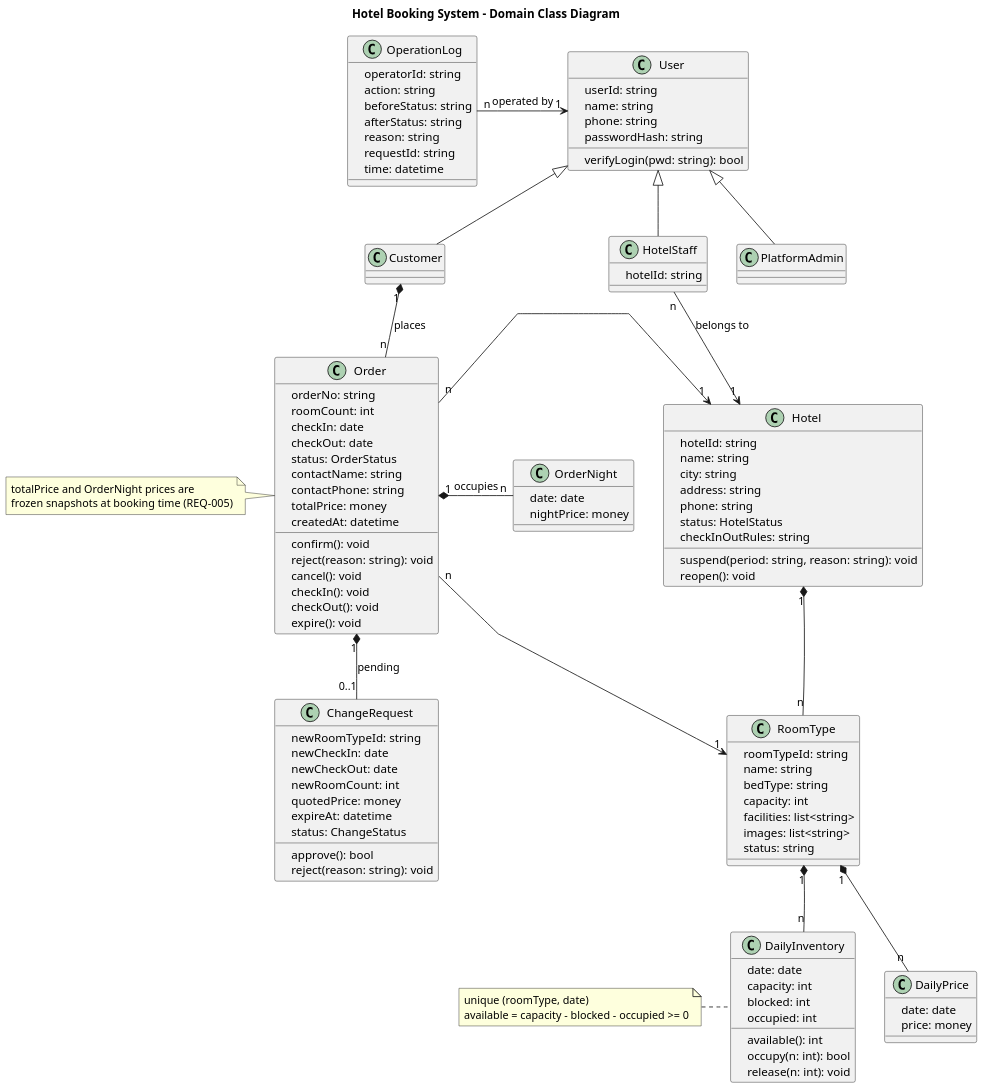
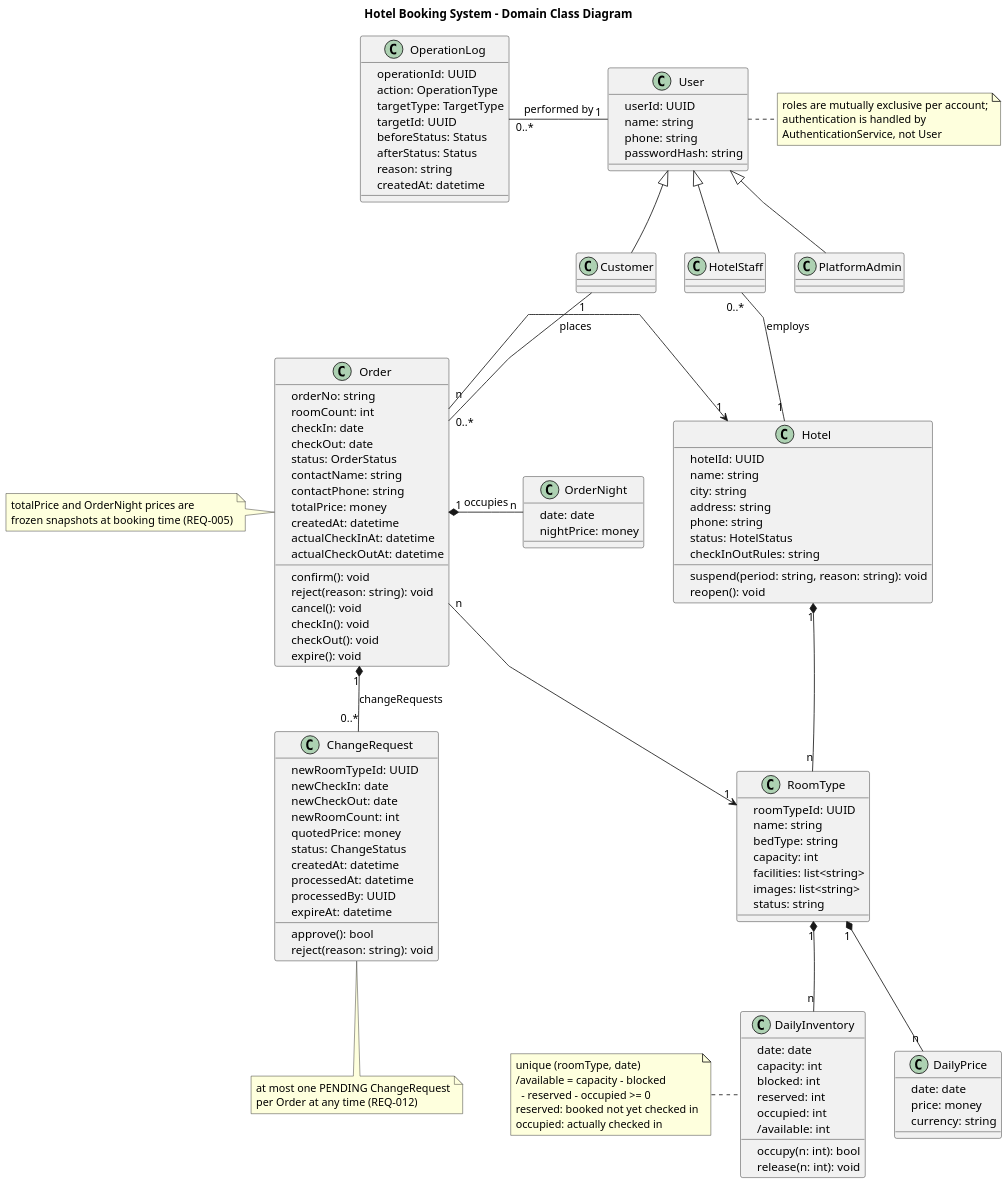
One commit to yangjinlingzhuo/se-lab1-hotel-booking changed the diagram in lab2/实验2_231220170_央金灵卓/UML/UML类图.puml. Above: the diagram before and after it, drawn with PlantUML. The commit also changed 3 other files, not shown here.

Commit message:
人工反馈+AI修改(lab2): 类图按反馈意见全面修订（P0语义/P1规范/P2布局）

```diff
--- a/lab2/实验2_231220170_央金灵卓/UML/UML类图.puml
+++ b/lab2/实验2_231220170_央金灵卓/UML/UML类图.puml
@@ -1,140 +1,165 @@
 @startuml UML类图
 title Hotel Booking System - Domain Class Diagram
 
 skinparam dpi 150
-skinparam linetype polyline
 skinparam defaultFontName "Helvetica Neue"
 skinparam classAttributeIconSize 3
+skinparam linetype polyline
 
 class User {
-  -userId: string
+  -userId: UUID
   -name: string
   -phone: string
   -passwordHash: string
-  +verifyLogin(pwd: string): bool
 }
 
 class Customer
-class HotelStaff {
-  -hotelId: string
-}
+class HotelStaff
 class PlatformAdmin
 
 class Hotel {
-  -hotelId: string
+  -hotelId: UUID
   -name: string
   -city: string
   -address: string
   -phone: string
   -status: HotelStatus
   -checkInOutRules: string
   +suspend(period: string, reason: string): void
   +reopen(): void
 }
 
 class RoomType {
-  -roomTypeId: string
+  -roomTypeId: UUID
   -name: string
   -bedType: string
   -capacity: int
   -facilities: list<string>
   -images: list<string>
   -status: string
 }
 
 class DailyInventory {
   -date: date
   -capacity: int
   -blocked: int
+  -reserved: int
   -occupied: int
-  +available(): int
+  /available: int
   +occupy(n: int): bool
   +release(n: int): void
 }
 
 class DailyPrice {
   -date: date
   -price: money
+  -currency: string
 }
 
 class Order {
   -orderNo: string
   -roomCount: int
   -checkIn: date
   -checkOut: date
   -status: OrderStatus
   -contactName: string
   -contactPhone: string
   -totalPrice: money
   -createdAt: datetime
+  -actualCheckInAt: datetime
+  -actualCheckOutAt: datetime
   +confirm(): void
   +reject(reason: string): void
   +cancel(): void
   +checkIn(): void
   +checkOut(): void
   +expire(): void
 }
 
 class OrderNight {
   -date: date
   -nightPrice: money
 }
 
 class ChangeRequest {
-  -newRoomTypeId: string
+  -newRoomTypeId: UUID
   -newCheckIn: date
   -newCheckOut: date
   -newRoomCount: int
   -quotedPrice: money
+  -status: ChangeStatus
+  -createdAt: datetime
+  -processedAt: datetime
+  -processedBy: UUID
   -expireAt: datetime
-  -status: ChangeStatus
   +approve(): bool
   +reject(reason: string): void
 }
 
 class OperationLog {
-  -operatorId: string
-  -action: string
-  -beforeStatus: string
-  -afterStatus: string
+  -operationId: UUID
+  -action: OperationType
+  -targetType: TargetType
+  -targetId: UUID
+  -beforeStatus: Status
+  -afterStatus: Status
   -reason: string
-  -requestId: string
-  -time: datetime
+  -createdAt: datetime
 }
 
-' 布局辅助
+' 布局辅助（四分区：用户权限 / 预订 / 酒店 / 库存价格）
 OperationLog -[hidden]r- User
+User -[hidden]d- Customer
+Customer -[hidden]r- HotelStaff
+HotelStaff -[hidden]r- PlatformAdmin
+HotelStaff -[hidden]d- Hotel
 Customer -[hidden]d- Order
+OrderNight -[hidden]r- Order
 Order -[hidden]r- Hotel
+Order -[hidden]d- ChangeRequest
 Hotel -[hidden]d- RoomType
 RoomType -[hidden]d- DailyInventory
 DailyInventory -[hidden]r- DailyPrice
-Order -[hidden]d- ChangeRequest
-Order -[hidden]r- OrderNight
 
+' 继承
 User <|-- Customer
 User <|-- HotelStaff
 User <|-- PlatformAdmin
 
-HotelStaff "n" --> "1" Hotel : belongs to
+' 关联与组合
+Hotel "1" -- "0..*" HotelStaff : employs
 Hotel "1" *-- "n" RoomType
 RoomType "1" *-- "n" DailyInventory
 RoomType "1" *-- "n" DailyPrice
-Customer "1" *-- "n" Order : places
+Customer "1" -- "0..*" Order : places
 Order "n" --> "1" Hotel
 Order "n" --> "1" RoomType
 Order "1" *-- "n" OrderNight : occupies
-Order "1" *-- "0..1" ChangeRequest : pending
-OperationLog "n" --> "1" User : operated by
+Order "1" *-- "0..*" ChangeRequest : changeRequests
+OperationLog "0..*" -- "1" User : performed by
 
 note left of DailyInventory
   unique (roomType, date)
-  available = capacity - blocked - occupied >= 0
+  /available = capacity - blocked
+    - reserved - occupied >= 0
+  reserved: booked not yet checked in
+  occupied: actually checked in
 end note
 
 note left of Order
   totalPrice and OrderNight prices are
   frozen snapshots at booking time (REQ-005)
 end note
 
+note bottom of ChangeRequest
+  at most one PENDING ChangeRequest
+  per Order at any time (REQ-012)
+end note
+
+note right of User
+  roles are mutually exclusive per account;
+  authentication is handled by
+  AuthenticationService, not User
+end note
+
 @enduml
```
